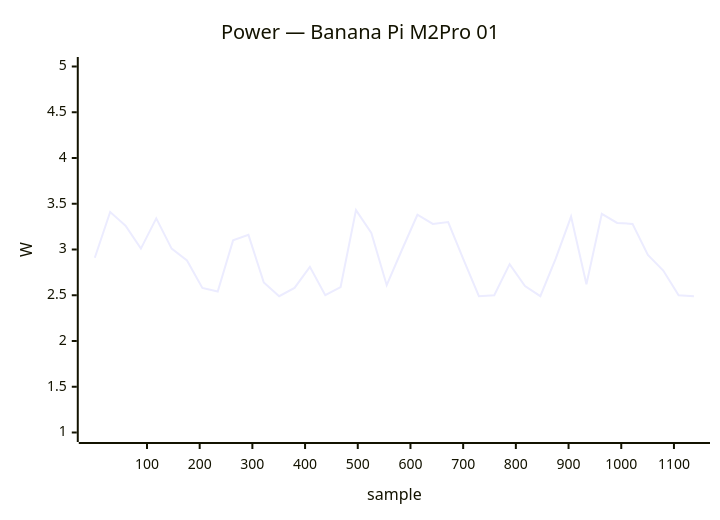
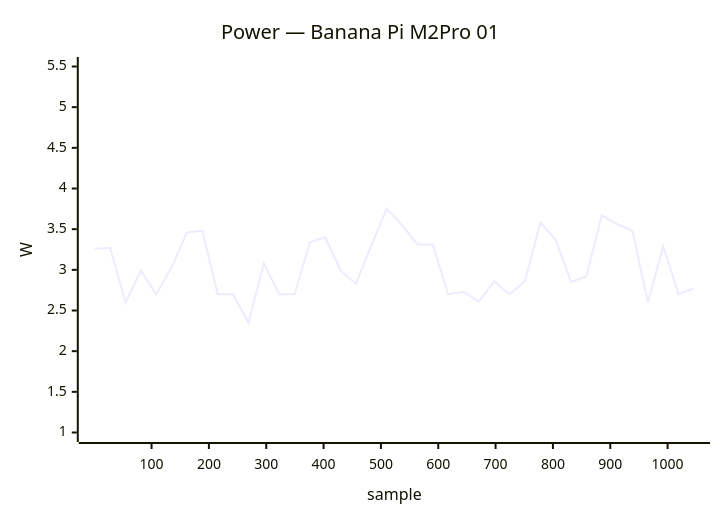
One commit to armbian/documentation changed the eighth of 40 diagrams in docs/status/board-tests.md. Above: the diagram before and after it, drawn with Mermaid. The commit also changed other lines of this file, not shown here.

````diff
--- a/docs/status/board-tests.md
+++ b/docs/status/board-tests.md
@@ -356,7 +356,7 @@
 ```mermaid
 xychart-beta
     title "Power — Banana Pi M2Pro 01"
-    x-axis "sample" 1 --> 1138
-    y-axis "W" 1.0 --> 5.0
-    line [2.91, 3.41, 3.26, 3.01, 3.34, 3.01, 2.88, 2.58, 2.54, 3.10, 3.16, 2.64, 2.49, 2.58, 2.81, 2.50, 2.59, 3.43, 3.18, 2.61, 3.00, 3.38, 3.28, 3.30, 2.89, 2.49, 2.50, 2.84, 2.60, 2.49, 2.90, 3.36, 2.62, 3.39, 3.29, 3.28, 2.94, 2.77, 2.50, 2.49]
+    x-axis "sample" 1 --> 1046
+    y-axis "W" 1.0 --> 5.5
+    line [3.26, 3.27, 2.60, 2.99, 2.70, 3.03, 3.46, 3.48, 2.70, 2.70, 2.35, 3.08, 2.70, 2.70, 3.34, 3.40, 2.99, 2.83, 3.30, 3.75, 3.55, 3.31, 3.31, 2.70, 2.73, 2.61, 2.86, 2.70, 2.86, 3.58, 3.37, 2.85, 2.92, 3.67, 3.56, 3.48, 2.60, 3.29, 2.70, 2.77]
 ```
````
